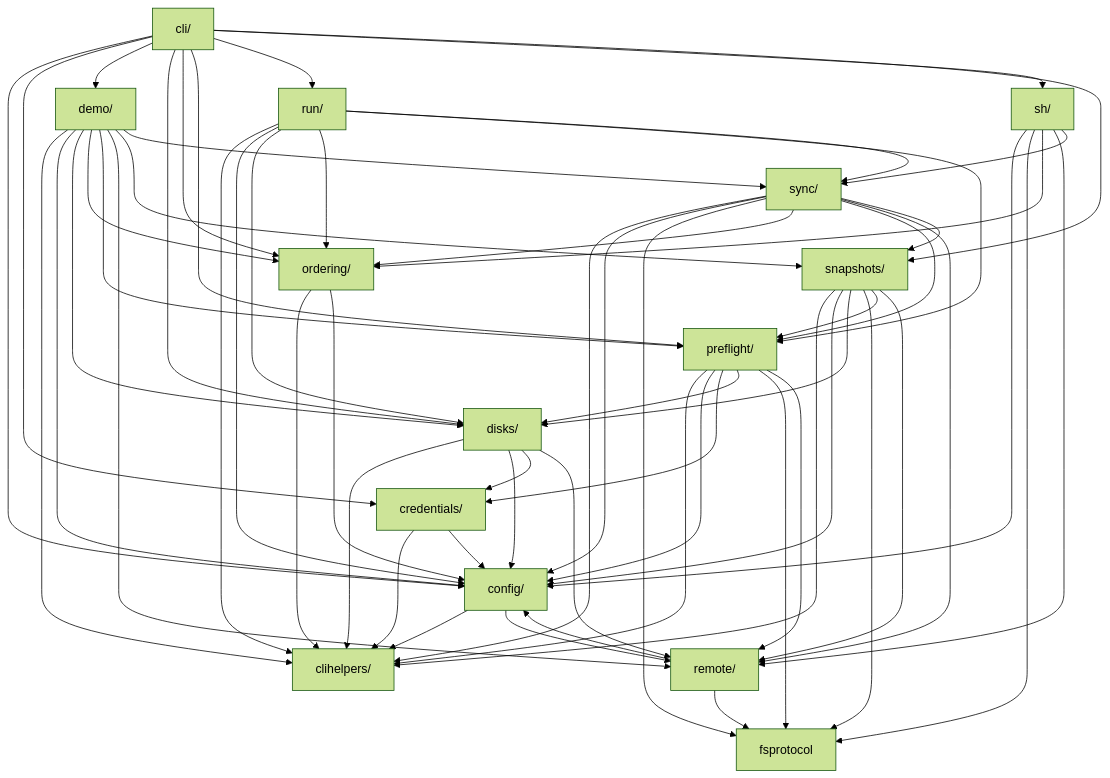
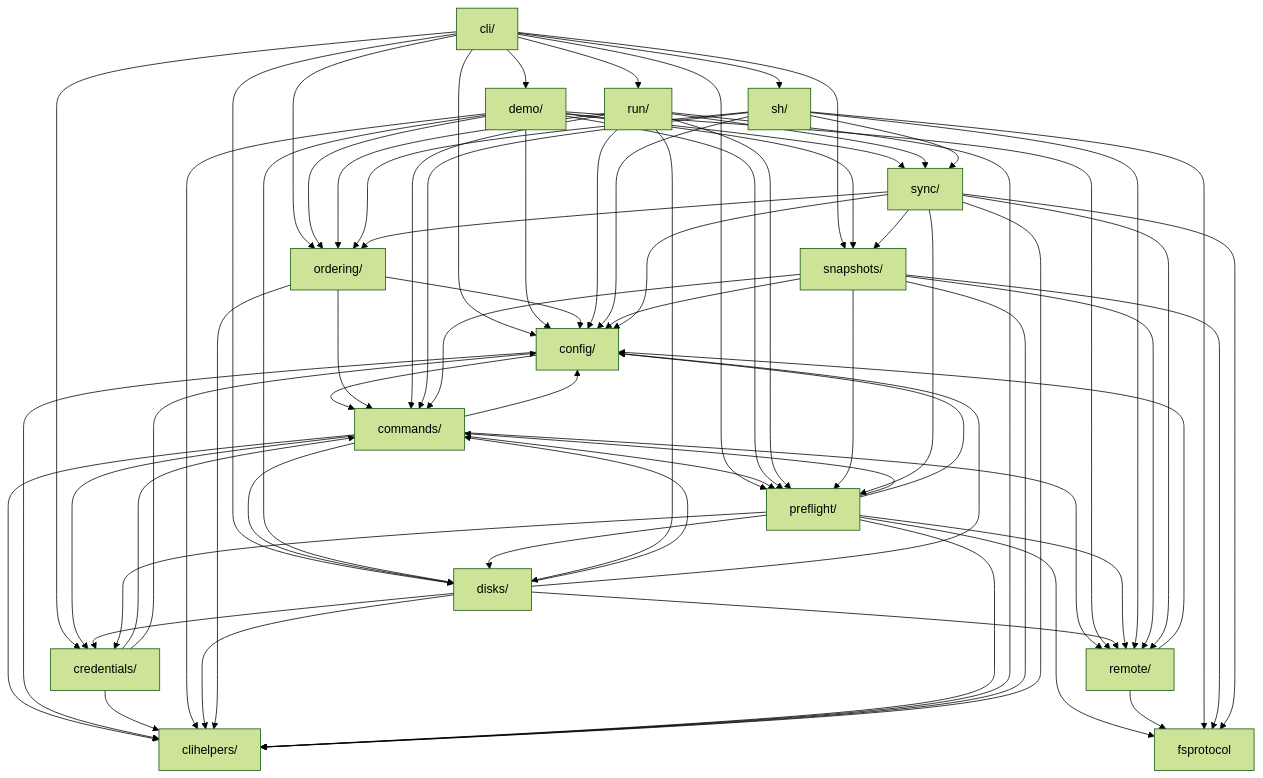
The diagram in docs/architecture.md (iglootools/nbkp), drawn with Mermaid (forest theme) before and after one commit. The commit also changed other lines of this file and 39 other files, not shown here.

```diff
--- a/docs/architecture.md
+++ b/docs/architecture.md
@@ -41,6 +41,7 @@
 graph TD
     cli["cli/"]
     clihelpers["clihelpers/"]
+    commands["commands/"]
     config["config/"]
     credentials["credentials/"]
     demo["demo/"]
@@ -63,9 +64,16 @@
     cli --> run
     cli --> sh
     cli --> snapshots
+    commands --> clihelpers
+    commands --> config
+    commands --> credentials
+    commands --> disks
+    commands --> preflight
+    commands --> remote
     config --> clihelpers
-    config --> remote
+    config --> commands
     credentials --> clihelpers
+    credentials --> commands
     credentials --> config
     demo --> clihelpers
     demo --> config
@@ -76,12 +84,15 @@
     demo --> snapshots
     demo --> sync
     disks --> clihelpers
+    disks --> commands
     disks --> config
     disks --> credentials
     disks --> remote
     ordering --> clihelpers
+    ordering --> commands
     ordering --> config
     preflight --> clihelpers
+    preflight --> commands
     preflight --> config
     preflight --> credentials
     preflight --> disks
@@ -90,19 +101,21 @@
     remote --> config
     remote --> fsprotocol
     run --> clihelpers
+    run --> commands
     run --> config
     run --> disks
     run --> ordering
     run --> preflight
     run --> sync
+    sh --> commands
     sh --> config
     sh --> fsprotocol
     sh --> ordering
     sh --> remote
     sh --> sync
     snapshots --> clihelpers
+    snapshots --> commands
     snapshots --> config
-    snapshots --> disks
     snapshots --> fsprotocol
     snapshots --> preflight
     snapshots --> remote
```
